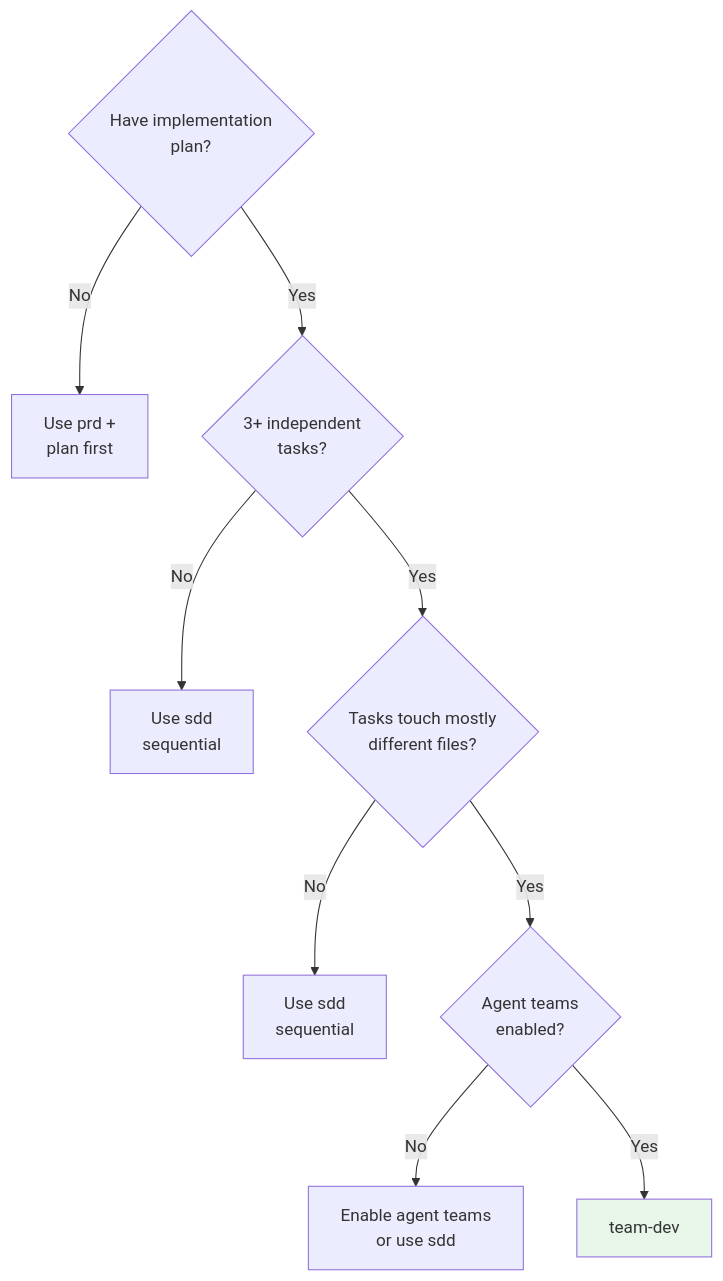
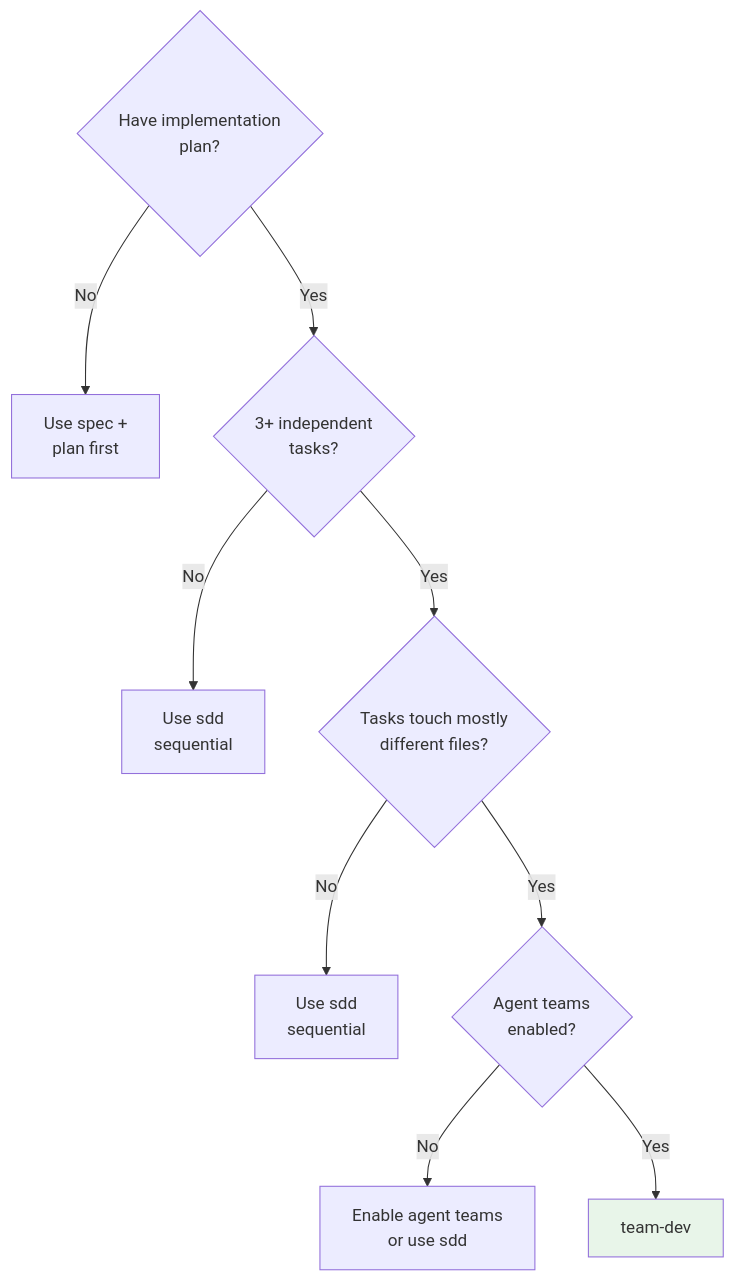
One commit to duronext/jig changed the first of 2 diagrams in core/skills/team-dev/SKILL.md. Above: the diagram before and after it, drawn with Mermaid. The commit also changed other lines of this file and 16 other files, not shown here.

````diff
--- a/core/skills/team-dev/SKILL.md
+++ b/core/skills/team-dev/SKILL.md
@@ -19,12 +19,12 @@
 ```mermaid
 flowchart TD
-    A{Have implementation<br/>plan?} -->|No| B[Use prd +<br/>plan first]
+    A{Have implementation<br/>plan?} -->|No| B[Use spec +<br/>plan first]
     A -->|Yes| C{3+ independent<br/>tasks?}
     C -->|No| D[Use sdd<br/>sequential]
     C -->|Yes| E{Tasks touch mostly<br/>different files?}
     E -->|No| F[Use sdd<br/>sequential]
     E -->|Yes| G{Agent teams<br/>enabled?}
     G -->|No| H[Enable agent teams<br/>or use sdd]
     G -->|Yes| I[team-dev]
     style I fill:#e8f5e9
 ```
````
